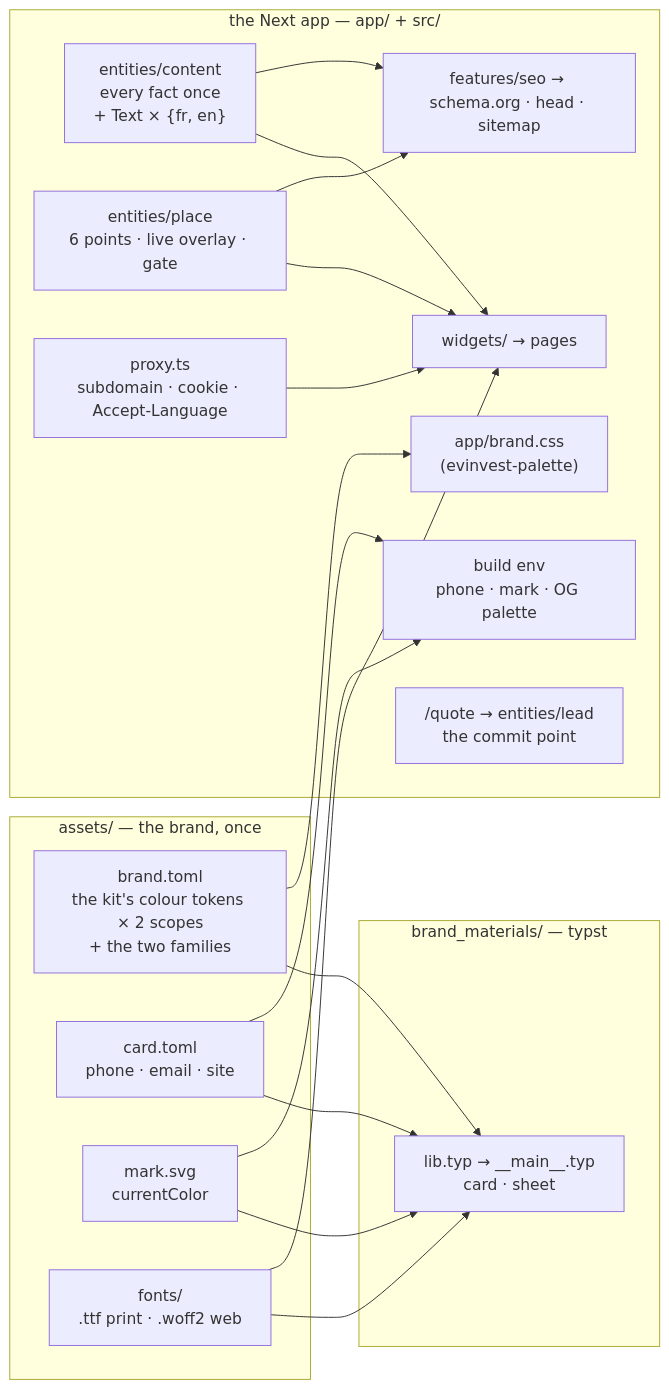
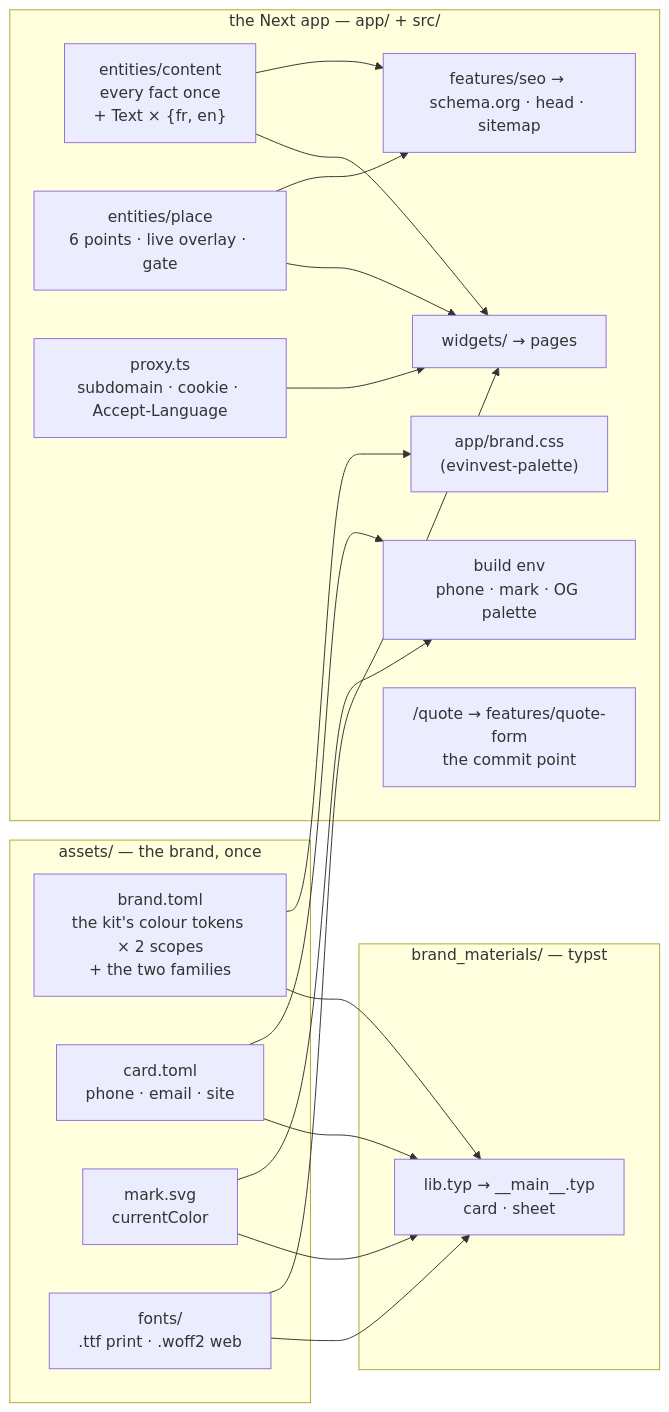
The diagram in docs/ARCHITECTURE.md (Service-Arb/aquafix), drawn with Mermaid before and after one commit. The commit also changed other lines of this file and 7 other files, not shown here.

````diff
--- a/docs/ARCHITECTURE.md
+++ b/docs/ARCHITECTURE.md
@@ -8,32 +8,32 @@
 ```mermaid
 flowchart LR
     subgraph shared["assets/ — the brand, once"]
       B["brand.toml<br/>the kit's colour tokens × 2 scopes<br/>+ the two families"]
       C["card.toml<br/>phone · email · site"]
       M["mark.svg<br/>currentColor"]
       F["fonts/<br/>.ttf print · .woff2 web"]
     end
     subgraph card["brand_materials/ — typst"]
       T["lib.typ → __main__.typ<br/>card · sheet"]
     end
     subgraph site["the Next app — app/ + src/"]
       P["app/brand.css<br/>(evinvest-palette)"]
       E["build env<br/>phone · mark · OG palette"]
       K["entities/content<br/>every fact once<br/>+ Text × {fr, en}"]
       L["entities/place<br/>6 points · live overlay · gate"]
       K --> W["widgets/ → pages"]
       L --> W
       K --> D["features/seo → schema.org · head · sitemap"]
       L --> D
       R["proxy.ts<br/>subdomain · cookie · Accept-Language"] --> W
-      Q["/quote → entities/lead<br/>the commit point"]
+      Q["/quote → features/quote-form<br/>the commit point"]
     end
     B --> T
     C --> T
     M --> T
     F --> T
     B --> P
     C --> E
     M --> E
     F --> W
 ```
````
